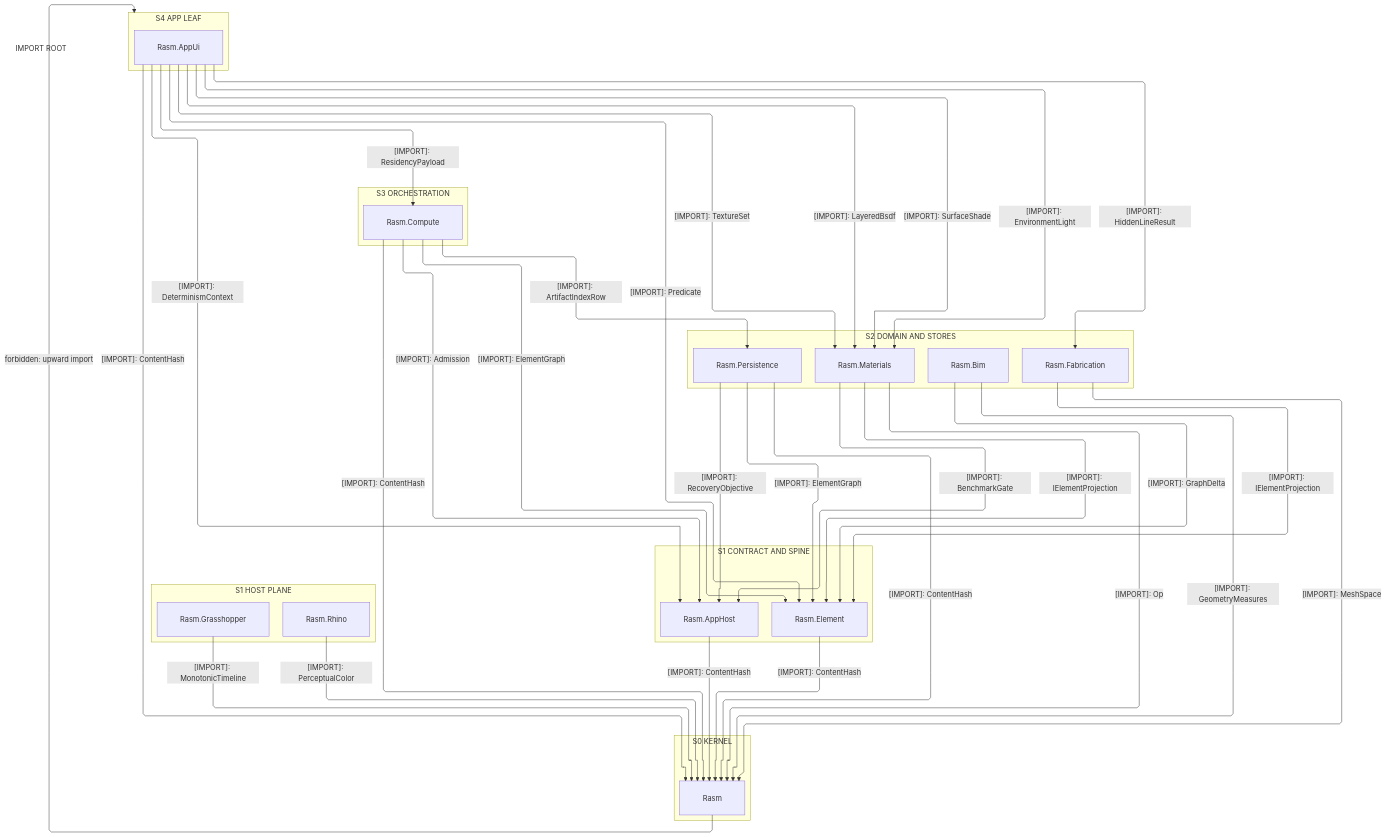
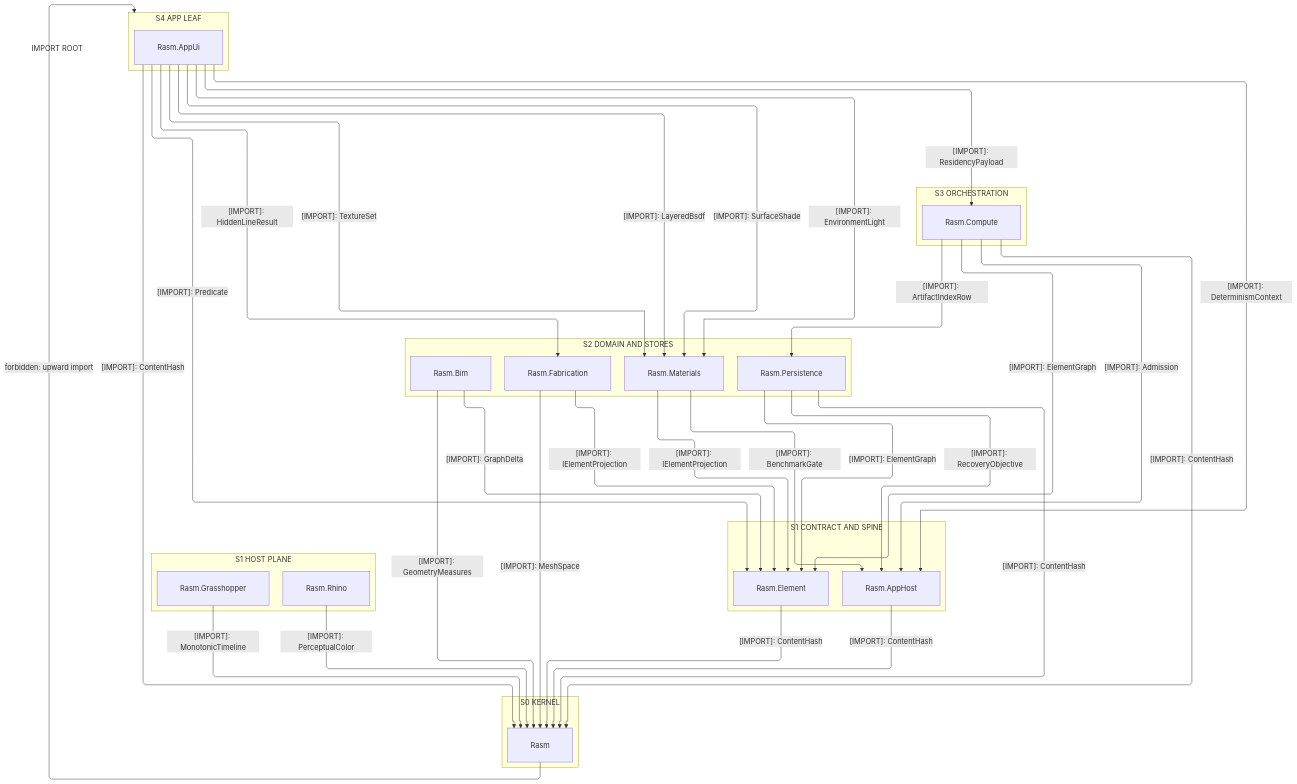
One commit to bsamiee/Rasm changed the first of 5 diagrams in libs/dotnet/.planning/ARCHITECTURE.md. Above: the diagram before and after it, drawn with Mermaid. The commit also changed 169 other files, not shown here.

````diff
--- a/libs/dotnet/.planning/ARCHITECTURE.md
+++ b/libs/dotnet/.planning/ARCHITECTURE.md
@@ -44,65 +44,64 @@
 ```mermaid
 ---
 config:
   layout: elk
   flowchart:
     curve: linear
     padding: 25
 ---
 flowchart TB
     accTitle: .NET branch package reference strata
     accDescr: Package reference strata from the app leaf down to the kernel, the host boundary plane-distinct at the contract rank.
     subgraph S4["S4 APP LEAF"]
         AppUi[Rasm.AppUi]
     end
     subgraph S3["S3 ORCHESTRATION"]
         Compute[Rasm.Compute]
     end
     subgraph S2["S2 DOMAIN AND STORES"]
         Bim[Rasm.Bim]
         Materials[Rasm.Materials]
         Fabrication[Rasm.Fabrication]
         Persistence[Rasm.Persistence]
     end
     subgraph S1["S1 CONTRACT AND SPINE"]
         Element[Rasm.Element]
         AppHost[Rasm.AppHost]
     end
     subgraph HOST["S1 HOST PLANE"]
         Rhino[Rasm.Rhino]
         Grasshopper[Rasm.Grasshopper]
     end
     subgraph S0["S0 KERNEL"]
         Rasm[Rasm]
     end
     subgraph ROOTS["IMPORT ROOT"]
     end
     Rhino e1@-->|"[IMPORT]: PerceptualColor"| Rasm
     Grasshopper e2@-->|"[IMPORT]: MonotonicTimeline"| Rasm
     Element e3@-->|"[IMPORT]: ContentHash"| Rasm
     AppHost e4@-->|"[IMPORT]: ContentHash"| Rasm
     Persistence e5@-->|"[IMPORT]: ElementGraph"| Element
     Persistence e6@-->|"[IMPORT]: ContentHash"| Rasm
     Persistence e7@-->|"[IMPORT]: RecoveryObjective"| AppHost
     Materials e8@-->|"[IMPORT]: IElementProjection"| Element
-    Materials e9@-->|"[IMPORT]: Op"| Rasm
     Materials e10@-->|"[IMPORT]: BenchmarkGate"| AppHost
     Bim e11@-->|"[IMPORT]: GraphDelta"| Element
     Bim e12@-->|"[IMPORT]: GeometryMeasures"| Rasm
     Fabrication e13@-->|"[IMPORT]: IElementProjection"| Element
     Fabrication e14@-->|"[IMPORT]: MeshSpace"| Rasm
     Compute e15@-->|"[IMPORT]: ElementGraph"| Element
     Compute e16@-->|"[IMPORT]: ContentHash"| Rasm
     Compute e17@-->|"[IMPORT]: Admission"| AppHost
     Compute e18@-->|"[IMPORT]: ArtifactIndexRow"| Persistence
     AppUi e19@-->|"[IMPORT]: ContentHash"| Rasm
     AppUi e20@-->|"[IMPORT]: DeterminismContext"| AppHost
     AppUi e21@-->|"[IMPORT]: ResidencyPayload"| Compute
     AppUi e22@-->|"[IMPORT]: LayeredBsdf"| Materials
     AppUi e23@-->|"[IMPORT]: SurfaceShade"| Materials
     AppUi e24@-->|"[IMPORT]: EnvironmentLight"| Materials
     AppUi e25@-->|"[IMPORT]: TextureSet"| Materials
     AppUi e26@-->|"[IMPORT]: HiddenLineResult"| Fabrication
     AppUi e33@-->|"[IMPORT]: Predicate"| Element
     Rasm f1@-->|"forbidden: upward import"| S4
 ```
````
